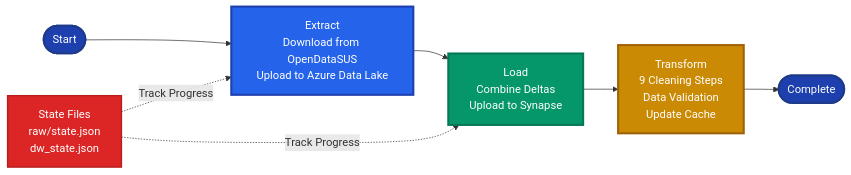
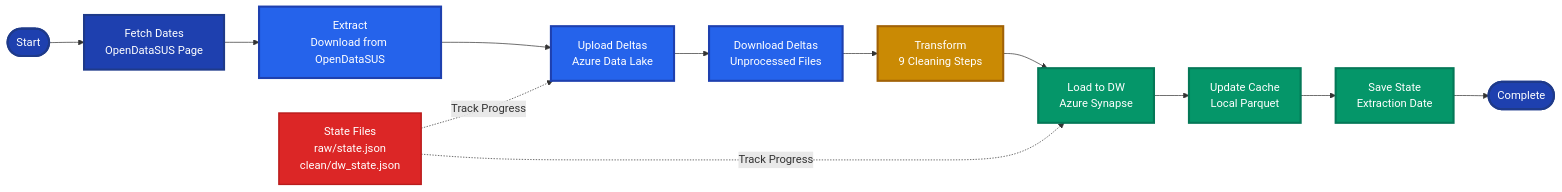
One commit to joaovargass/indicium-ai-engineering-certification changed the third of 4 diagrams in README.md. Above: the diagram before and after it, drawn with Mermaid. The commit also changed other lines of this file and 34 other files, not shown here.

````diff
--- a/README.md
+++ b/README.md
@@ -426,22 +497,27 @@
 ```mermaid
 flowchart LR
-    Start([Start]) --> Extract[Extract<br/>Download from OpenDataSUS<br/>Upload to Azure Data Lake]
-    Extract --> Load[Load<br/>Combine Deltas<br/>Upload to Synapse]
-    Load --> Transform[Transform<br/>9 Cleaning Steps<br/>Data Validation<br/>Update Cache]
-    Transform --> End([Complete])
+    Start([Start]) --> Datas[Fetch Dates<br/>OpenDataSUS Page]
+    Datas --> Extract[Extract<br/>Download from OpenDataSUS]
+    Extract --> Upload[Upload Deltas<br/>Azure Data Lake]
+    Upload --> Download[Download Deltas<br/>Unprocessed Files]
+    Download --> Transform[Transform<br/>9 Cleaning Steps]
+    Transform --> Load[Load to DW<br/>Azure Synapse]
+    Load --> Cache[Update Cache<br/>Local Parquet]
+    Cache --> Estado[Save State<br/>Extraction Date]
+    Estado --> End([Complete])
     
-    State[State Files<br/>raw/state.json<br/>dw_state.json] -.->|Track Progress| Extract
+    State[State Files<br/>raw/state.json<br/>clean/dw_state.json] -.->|Track Progress| Upload
     State -.->|Track Progress| Load
     
     classDef extractStyle fill:#2563eb,stroke:#1e40af,stroke-width:3px,color:#fff
     classDef transformStyle fill:#ca8a04,stroke:#a16207,stroke-width:3px,color:#fff
     classDef loadStyle fill:#059669,stroke:#047857,stroke-width:3px,color:#fff
     classDef stateStyle fill:#dc2626,stroke:#b91c1c,stroke-width:2px,color:#fff
     classDef startEndStyle fill:#1e40af,stroke:#1e3a8a,stroke-width:3px,color:#fff
     
-    class Extract extractStyle
+    class Extract,Upload,Download extractStyle
     class Transform transformStyle
-    class Load loadStyle
+    class Load,Cache,Estado loadStyle
     class State stateStyle
-    class Start,End startEndStyle
+    class Start,End,Datas startEndStyle
 ```
````
